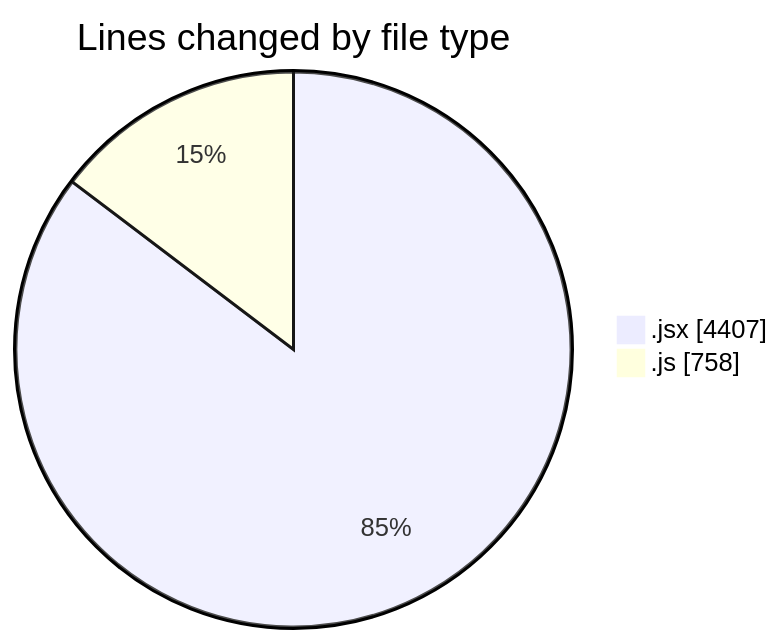
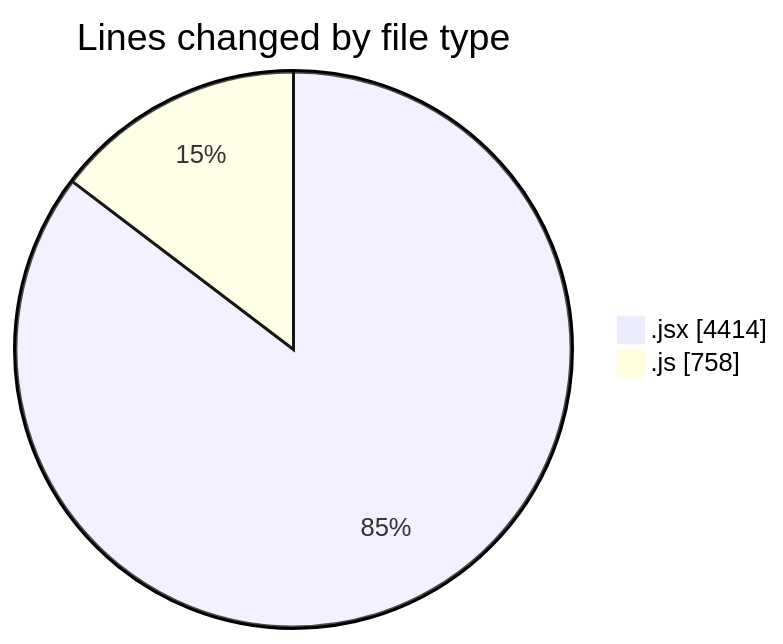
Before and after one commit to nxtqubesakshisongat/code-tracking: the first of 2 diagrams in 2025-08-03/nxtqube_webapp/README.md, drawn with Mermaid. The commit also changed other lines of this file and 1 other file, not shown here.

````diff
--- a/2025-08-03/nxtqube_webapp/README.md
+++ b/2025-08-03/nxtqube_webapp/README.md
@@ -30,6 +30,6 @@
 ```mermaid
 pie showData
 title Lines changed by file type
-".jsx" : 4407
+".jsx" : 4414
 ".js" : 758
 ```
````
